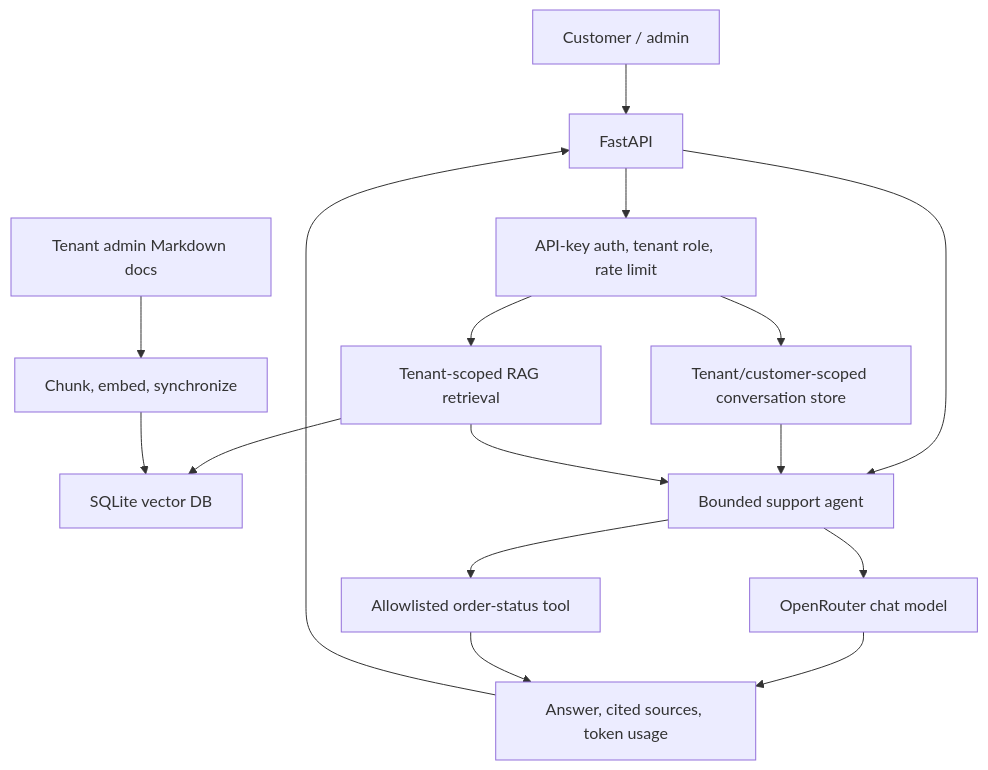
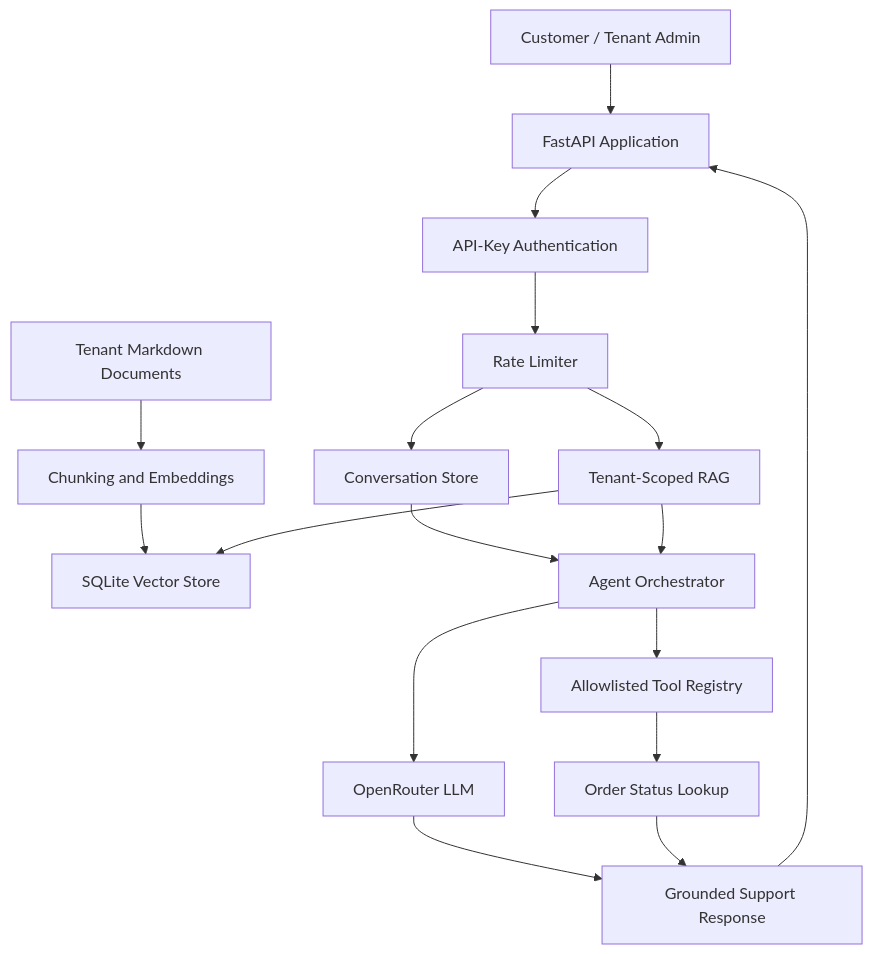
The diagram in README.md (ali3dev/agentic-customer-support), drawn with Mermaid before and after one commit. The commit also changed other lines of this file, not shown here.

````diff
--- a/README.md
+++ b/README.md
@@ -21,18 +28,26 @@
 ```mermaid
 flowchart TD
-    U["Customer / admin"] --> API["FastAPI"]
-    API --> AUTH["API-key auth, tenant role, rate limit"]
-    AUTH --> CONV["Tenant/customer-scoped conversation store"]
-    AUTH --> RET["Tenant-scoped RAG retrieval"]
-    RET --> VDB["SQLite vector DB"]
-    KB["Tenant admin Markdown docs"] --> ING["Chunk, embed, synchronize"]
-    ING --> VDB
-    API --> AGENT["Bounded support agent"]
-    CONV --> AGENT
-    RET --> AGENT
-    AGENT --> LLM["OpenRouter chat model"]
-    AGENT --> TOOL["Allowlisted order-status tool"]
-    LLM --> OUT["Answer, cited sources, token usage"]
-    TOOL --> OUT
-    OUT --> API
+    USER["Customer / Tenant Admin"] --> API["FastAPI Application"]
+
+    API --> AUTH["API-Key Authentication"]
+    AUTH --> RATE["Rate Limiter"]
+
+    RATE --> CONV["Conversation Store"]
+    RATE --> RAG["Tenant-Scoped RAG"]
+
+    KB["Tenant Markdown Documents"] --> INGEST["Chunking and Embeddings"]
+    INGEST --> VDB["SQLite Vector Store"]
+    RAG --> VDB
+
+    CONV --> AGENT["Agent Orchestrator"]
+    RAG --> AGENT
+
+    AGENT --> LLM["OpenRouter LLM"]
+    AGENT --> TOOLS["Allowlisted Tool Registry"]
+
+    TOOLS --> ORDER["Order Status Lookup"]
+    LLM --> RESPONSE["Grounded Support Response"]
+    ORDER --> RESPONSE
+
+    RESPONSE --> API
 ```
````
